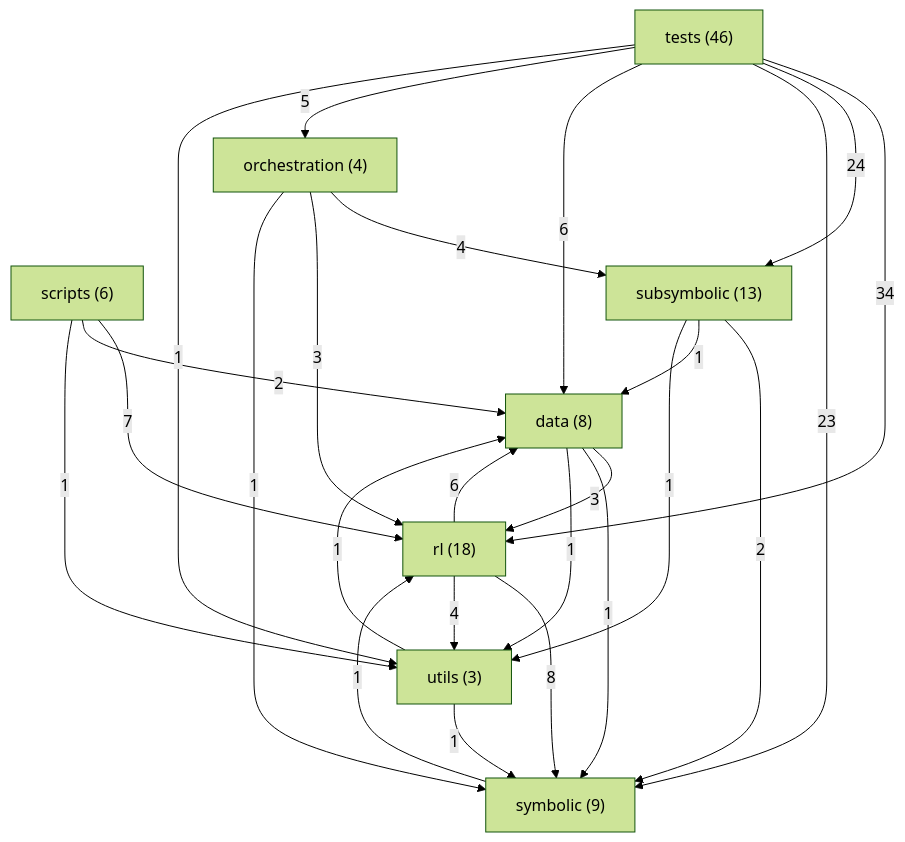
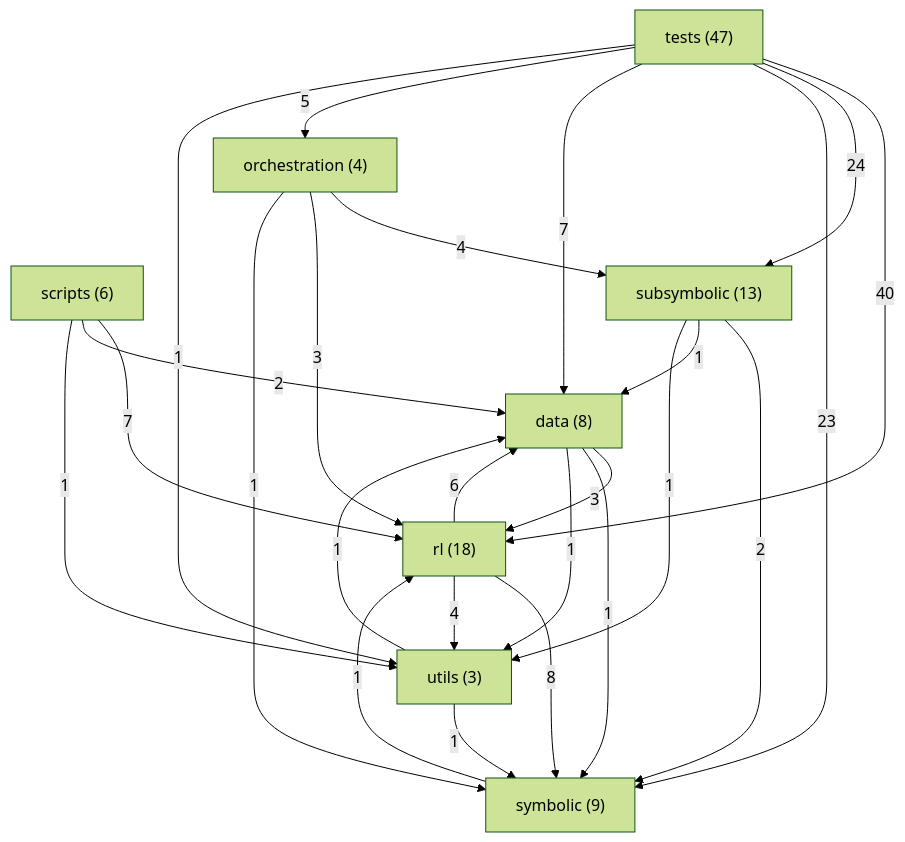
Before and after one commit to danrd/ARC-AGI: the diagram in ARCHITECTURE.md, drawn with Mermaid (forest theme). The commit also changed other lines of this file and 8 other files, not shown here.

````diff
--- a/ARCHITECTURE.md
+++ b/ARCHITECTURE.md
@@ -127,35 +127,35 @@
 ```mermaid
 graph TD
   data["data (8)"]
   orchestration["orchestration (4)"]
   rl["rl (18)"]
   scripts["scripts (6)"]
   subsymbolic["subsymbolic (13)"]
   symbolic["symbolic (9)"]
-  tests["tests (46)"]
+  tests["tests (47)"]
   utils["utils (3)"]
-  tests -->|34| rl
+  tests -->|40| rl
   tests -->|24| subsymbolic
   tests -->|23| symbolic
   rl -->|8| symbolic
   scripts -->|7| rl
+  tests -->|7| data
   rl -->|6| data
-  tests -->|6| data
   tests -->|5| orchestration
   orchestration -->|4| subsymbolic
   rl -->|4| utils
   data -->|3| rl
   orchestration -->|3| rl
   scripts -->|2| data
   subsymbolic -->|2| symbolic
   data -->|1| symbolic
   data -->|1| utils
   orchestration -->|1| symbolic
   scripts -->|1| utils
   subsymbolic -->|1| data
   subsymbolic -->|1| utils
   symbolic -->|1| rl
   tests -->|1| utils
   utils -->|1| data
   utils -->|1| symbolic
 ```
````
